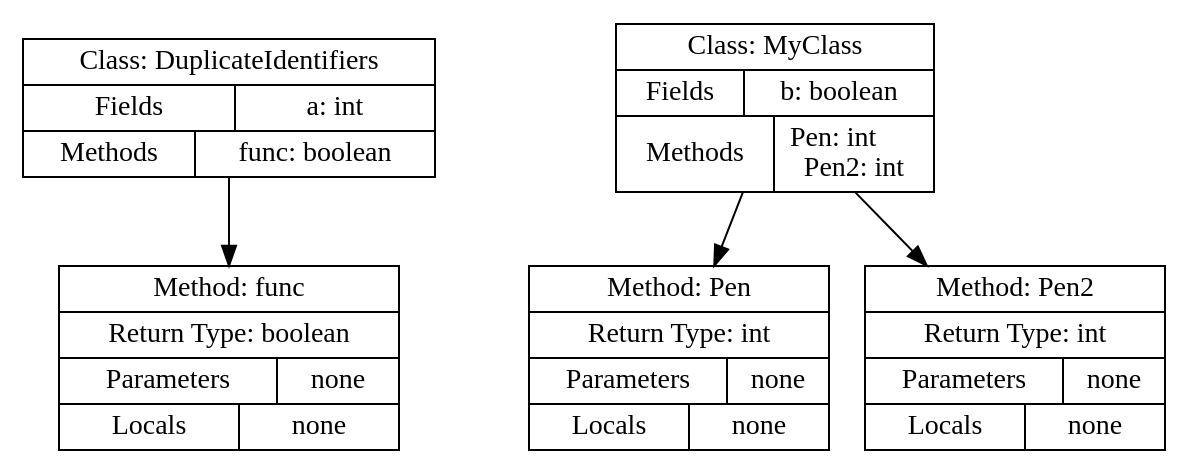
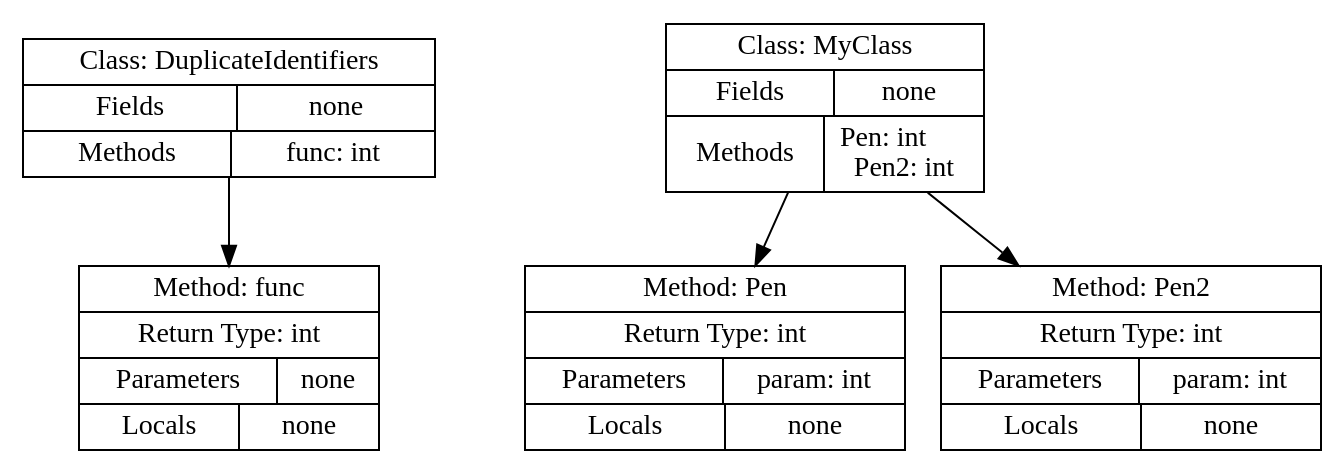
One commit to Turtlesound/getting_started changed the diagram in symboltable.dot. Above: the diagram before and after it, drawn with Graphviz. The commit also changed 8 other files, not shown here.

```diff
--- a/symboltable.dot
+++ b/symboltable.dot
@@ -1,11 +1,11 @@
 digraph SymbolTable {
   node [shape=record];
-  DuplicateIdentifiers [label="{Class: DuplicateIdentifiers|{Fields|a: int}|{Methods|func: boolean}}"];
-  DuplicateIdentifiers_func [label="{Method: func|Return Type: boolean|{Parameters|none}|{Locals|none}}"];
+  DuplicateIdentifiers [label="{Class: DuplicateIdentifiers|{Fields|none}|{Methods|func: int}}"];
+  DuplicateIdentifiers_func [label="{Method: func|Return Type: int|{Parameters|none}|{Locals|none}}"];
   DuplicateIdentifiers -> DuplicateIdentifiers_func;
-  MyClass [label="{Class: MyClass|{Fields|b: boolean}|{Methods|Pen: int\lPen2: int}}"];
-  MyClass_Pen [label="{Method: Pen|Return Type: int|{Parameters|none}|{Locals|none}}"];
+  MyClass [label="{Class: MyClass|{Fields|none}|{Methods|Pen: int\lPen2: int}}"];
+  MyClass_Pen [label="{Method: Pen|Return Type: int|{Parameters|param: int}|{Locals|none}}"];
   MyClass -> MyClass_Pen;
-  MyClass_Pen2 [label="{Method: Pen2|Return Type: int|{Parameters|none}|{Locals|none}}"];
+  MyClass_Pen2 [label="{Method: Pen2|Return Type: int|{Parameters|param: int}|{Locals|none}}"];
   MyClass -> MyClass_Pen2;
 }
```
